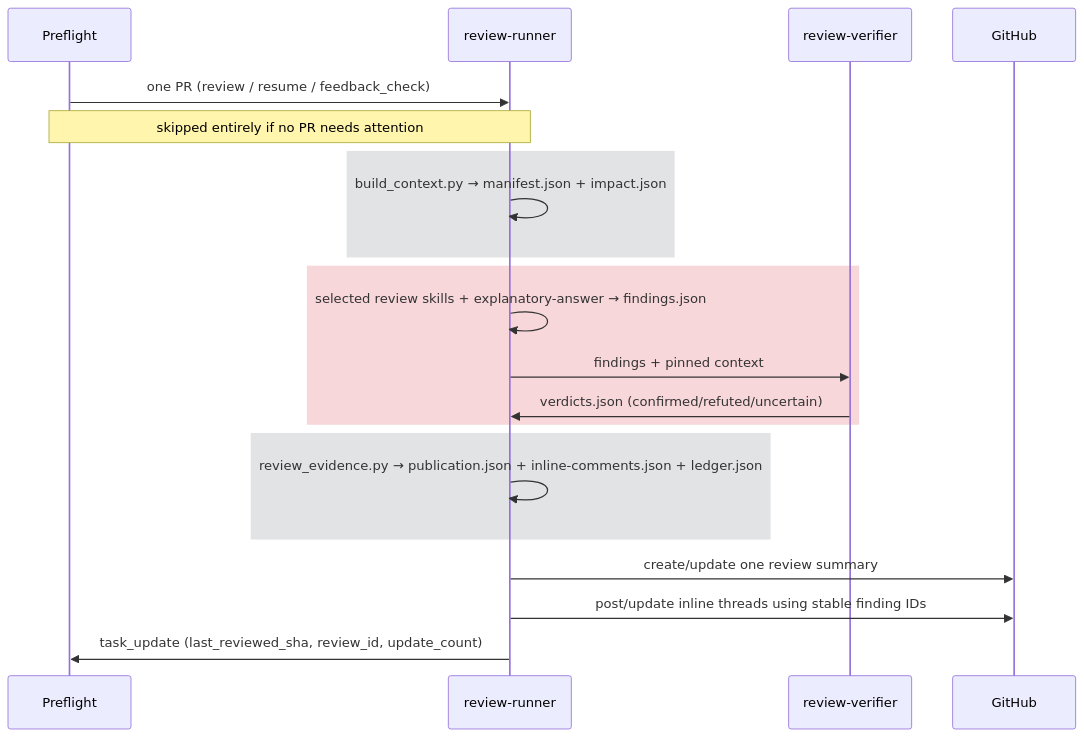
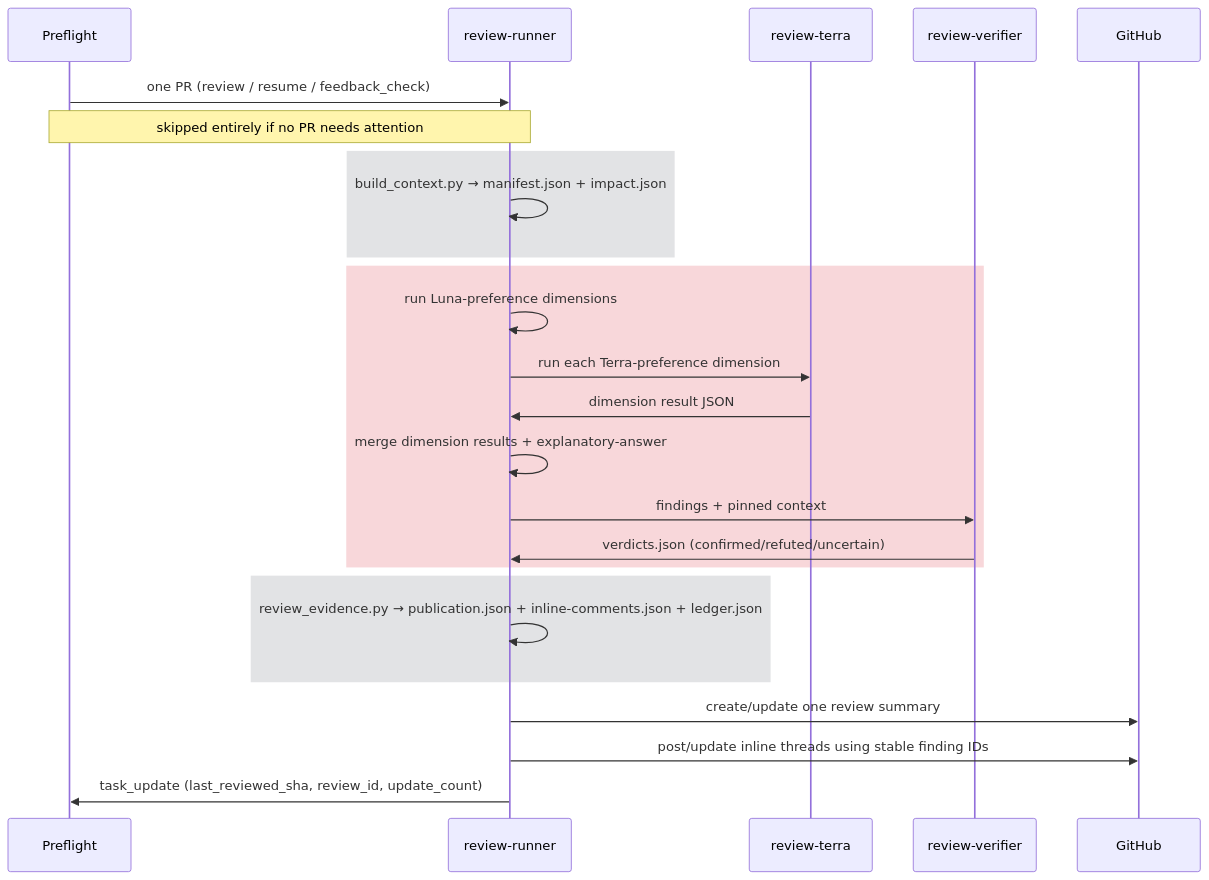
One commit to Hyperkid123/fabric-access-ai-dev changed the fourth of 4 diagrams in instance/rbac-config-review/agent/workflows/review-only/WORKFLOW.md. Above: the diagram before and after it, drawn with Mermaid. The commit also changed other lines of this file and 7 other files, not shown here.

Commit message:
feat(review): route terra dimensions

````diff
--- a/instance/rbac-config-review/agent/workflows/review-only/WORKFLOW.md
+++ b/instance/rbac-config-review/agent/workflows/review-only/WORKFLOW.md
@@ -244,24 +248,28 @@
 ```mermaid
 sequenceDiagram
     participant Q as Preflight
     participant R as review-runner
+    participant T as review-terra
     participant V as review-verifier
     participant GH as GitHub
 
     Q->>R: one PR (review / resume / feedback_check)
     Note over Q,R: skipped entirely if no PR needs attention
     rect rgb(226, 227, 229)
         R->>R: build_context.py → manifest.json + impact.json
     end
     rect rgb(248, 215, 218)
-        R->>R: selected review skills + explanatory-answer → findings.json
+        R->>R: run Luna-preference dimensions
+        R->>T: run each Terra-preference dimension
+        T->>R: dimension result JSON
+        R->>R: merge dimension results + explanatory-answer
         R->>V: findings + pinned context
         V->>R: verdicts.json (confirmed/refuted/uncertain)
     end
     rect rgb(226, 227, 229)
         R->>R: review_evidence.py → publication.json + inline-comments.json + ledger.json
     end
     R->>GH: create/update one review summary
     R->>GH: post/update inline threads using stable finding IDs
     R->>Q: task_update (last_reviewed_sha, review_id, update_count)
 ```
````
